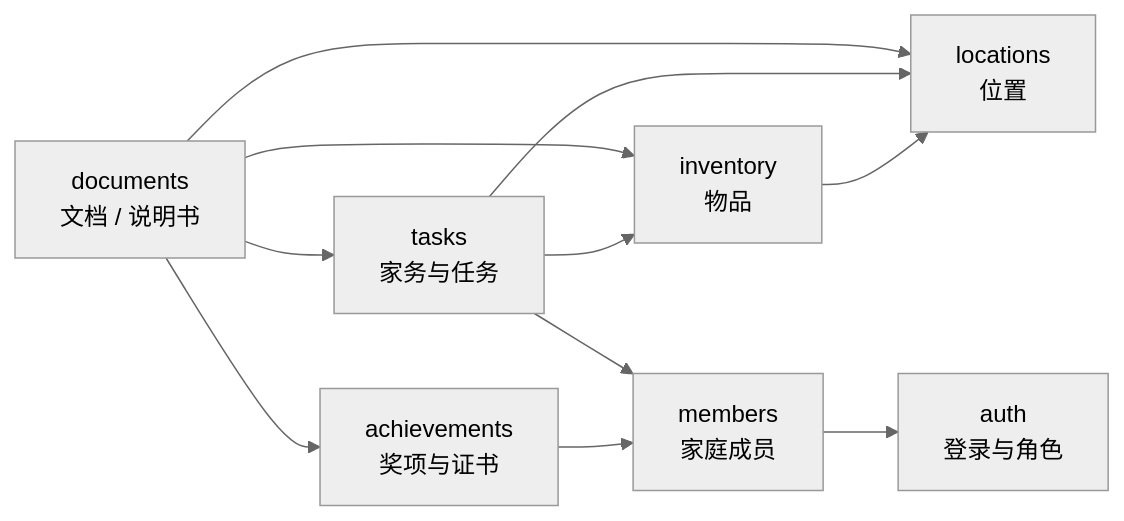
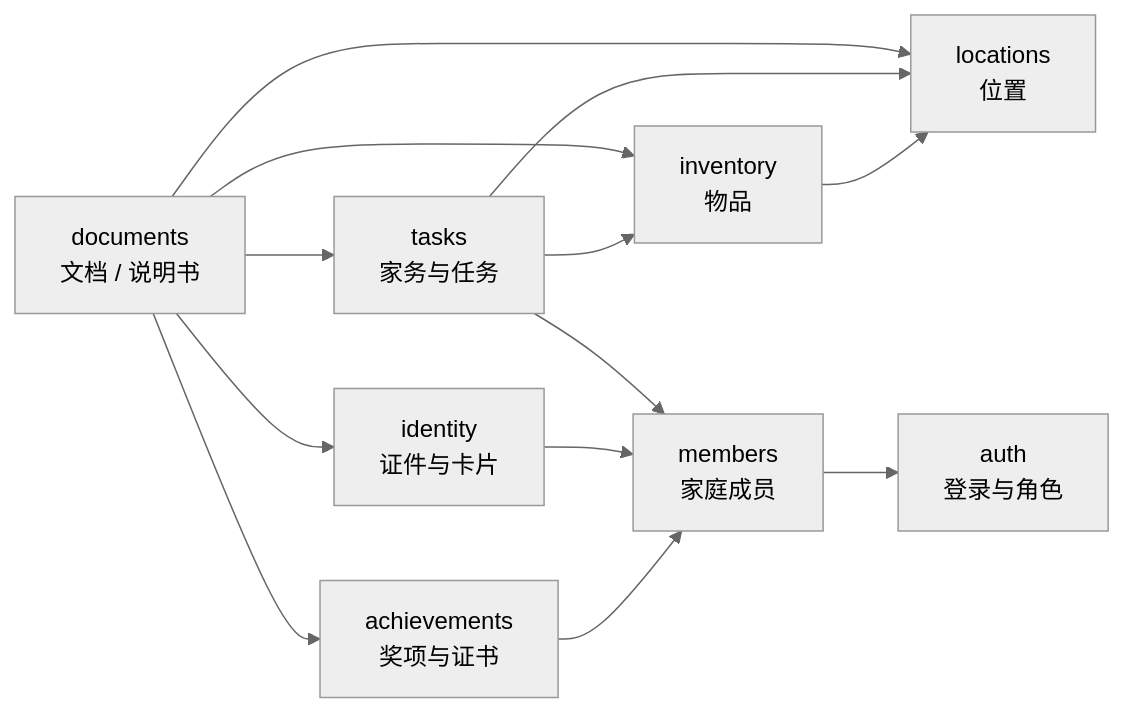
One commit to Geno1024-AIGC/home-erp-modern changed the diagram in docs/08-domain.md. Above: the diagram before and after it, drawn with Mermaid (neutral theme). The commit also changed other lines of this file and 8 other files, not shown here.

Commit message:
[Add] docs: Add identity documents and cards module.

````diff
--- a/docs/08-domain.md
+++ b/docs/08-domain.md
@@ -26,14 +27,17 @@
 ```mermaid
 flowchart LR
     Members["members<br/>家庭成员"] --> Auth["auth<br/>登录与角色"]
     Inventory["inventory<br/>物品"] --> Locations["locations<br/>位置"]
     Tasks["tasks<br/>家务与任务"] --> Locations
     Tasks --> Inventory
     Documents["documents<br/>文档 / 说明书"] --> Inventory
     Documents --> Locations
     Documents --> Tasks
     Achievements["achievements<br/>奖项与证书"]
     Documents --> Achievements
     Achievements --> Members
+    Identity["identity<br/>证件与卡片"]
+    Documents --> Identity
+    Identity --> Members
     Tasks --> Members
 ```
````
